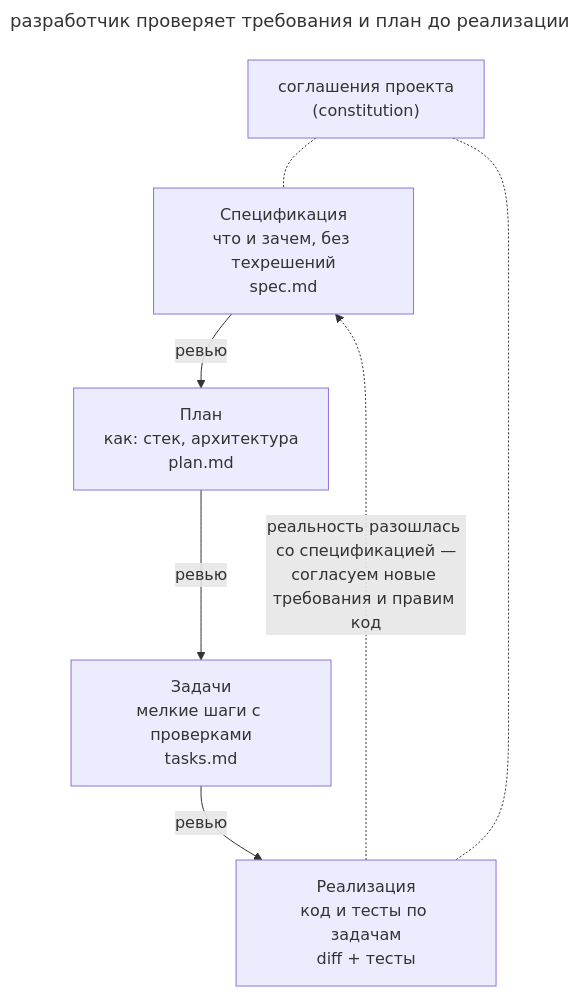
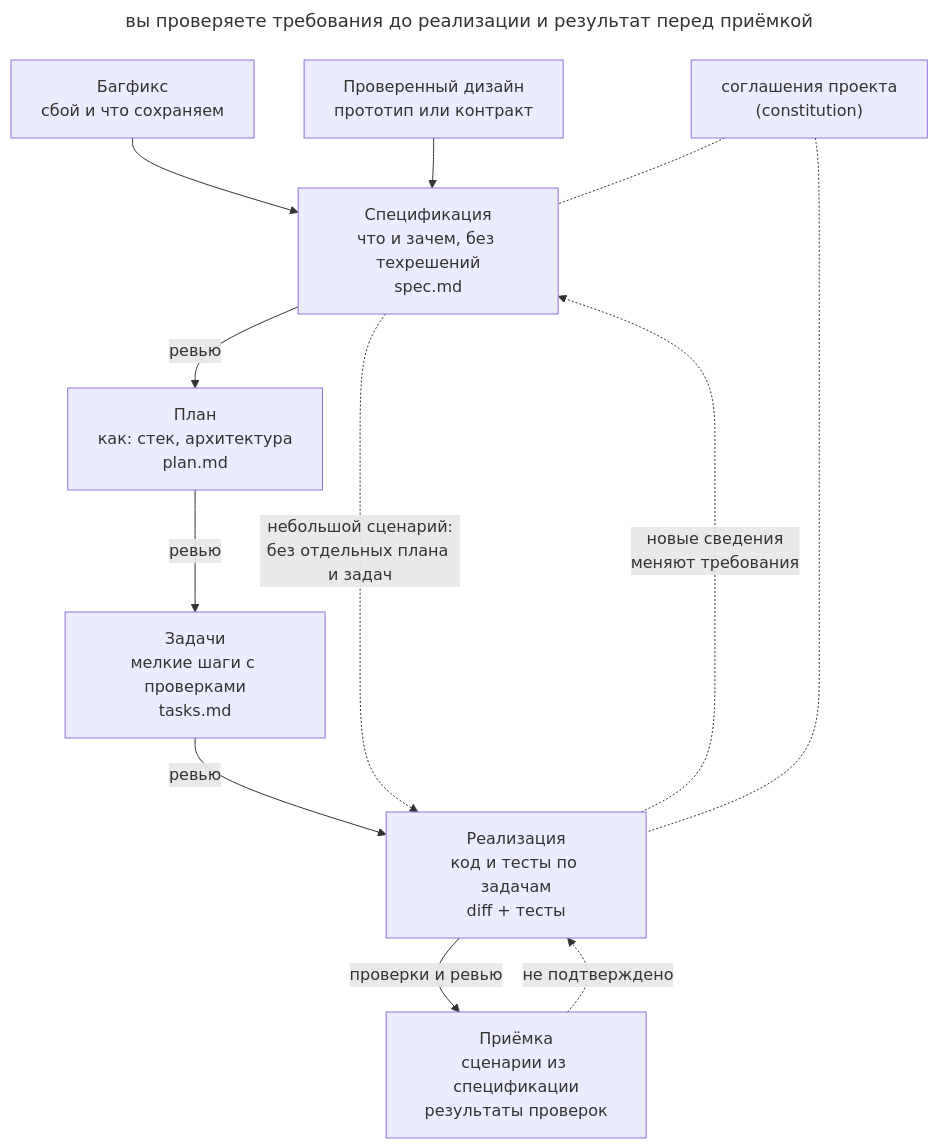
One commit to mokevnin/agentic-coding-design-patterns changed the diagram in book/ru/spec-driven-development.md. Above: the diagram before and after it, drawn with Mermaid. The commit also changed other lines of this file and 2 other files, not shown here.

````diff
--- a/book/ru/spec-driven-development.md
+++ b/book/ru/spec-driven-development.md
@@ -41,15 +43,23 @@
 ```mermaid
 ---
-title: разработчик проверяет требования и план до реализации
+title: вы проверяете требования до реализации и результат перед приёмкой
 ---
 flowchart TB
+  bug["Багфикс<br/>сбой и что сохраняем"]:::muted
+  design["Проверенный дизайн<br/>прототип или контракт"]:::muted
   spec["Спецификация<br/>что и зачем, без техрешений<br/>spec.md"]
   plan["План<br/>как: стек, архитектура<br/>plan.md"]
   tasks["Задачи<br/>мелкие шаги с проверками<br/>tasks.md"]
   impl["Реализация<br/>код и тесты по задачам<br/>diff + тесты"]
+  accept["Приёмка<br/>сценарии из спецификации<br/>результаты проверок"]:::accent
   rules["соглашения проекта<br/>(constitution)"]:::accent
+  bug --> spec
+  design --> spec
   spec -- "ревью" --> plan -- "ревью" --> tasks -- "ревью" --> impl
-  impl -. "реальность разошлась со спецификацией —<br/>согласуем новые требования и правим код" .-> spec
+  spec -. "небольшой сценарий:<br/>без отдельных плана и задач" .-> impl
+  impl -- "проверки и ревью" --> accept
+  accept -. "не подтверждено" .-> impl
+  impl -. "новые сведения<br/>меняют требования" .-> spec
   rules -.- spec
   rules -.- impl
 ```
````
